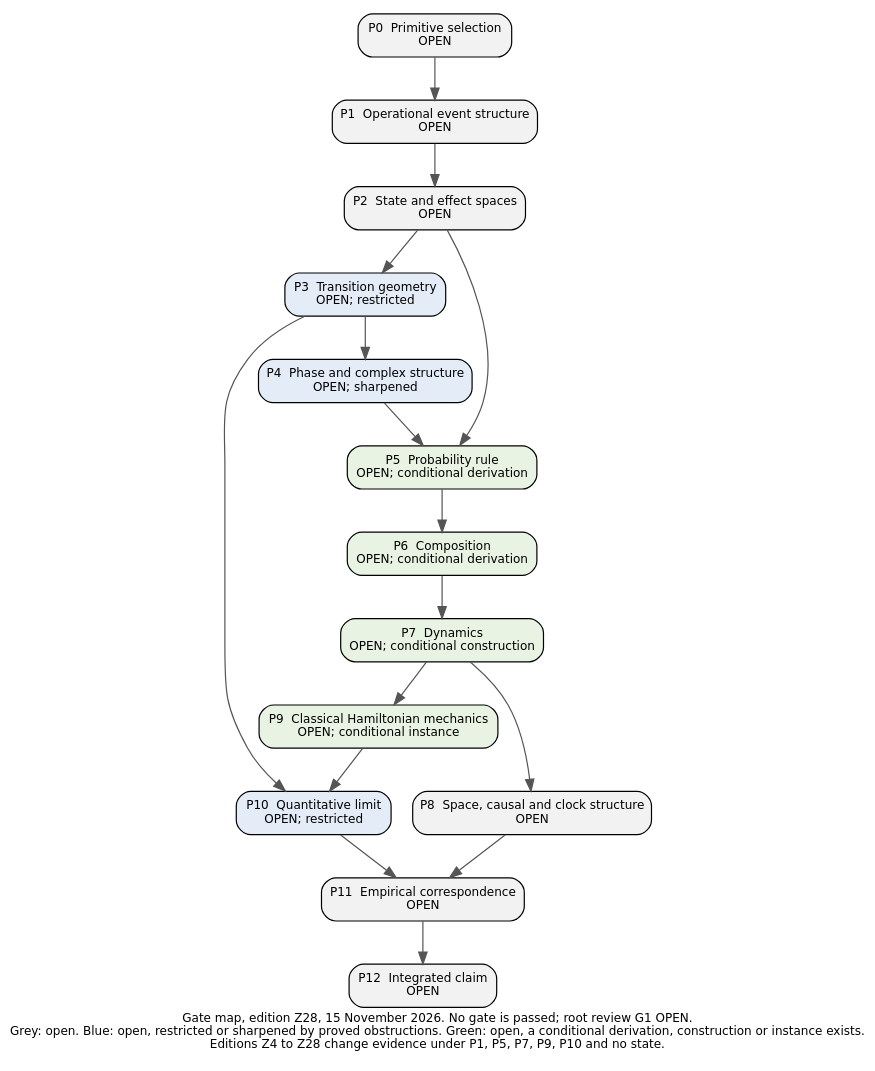
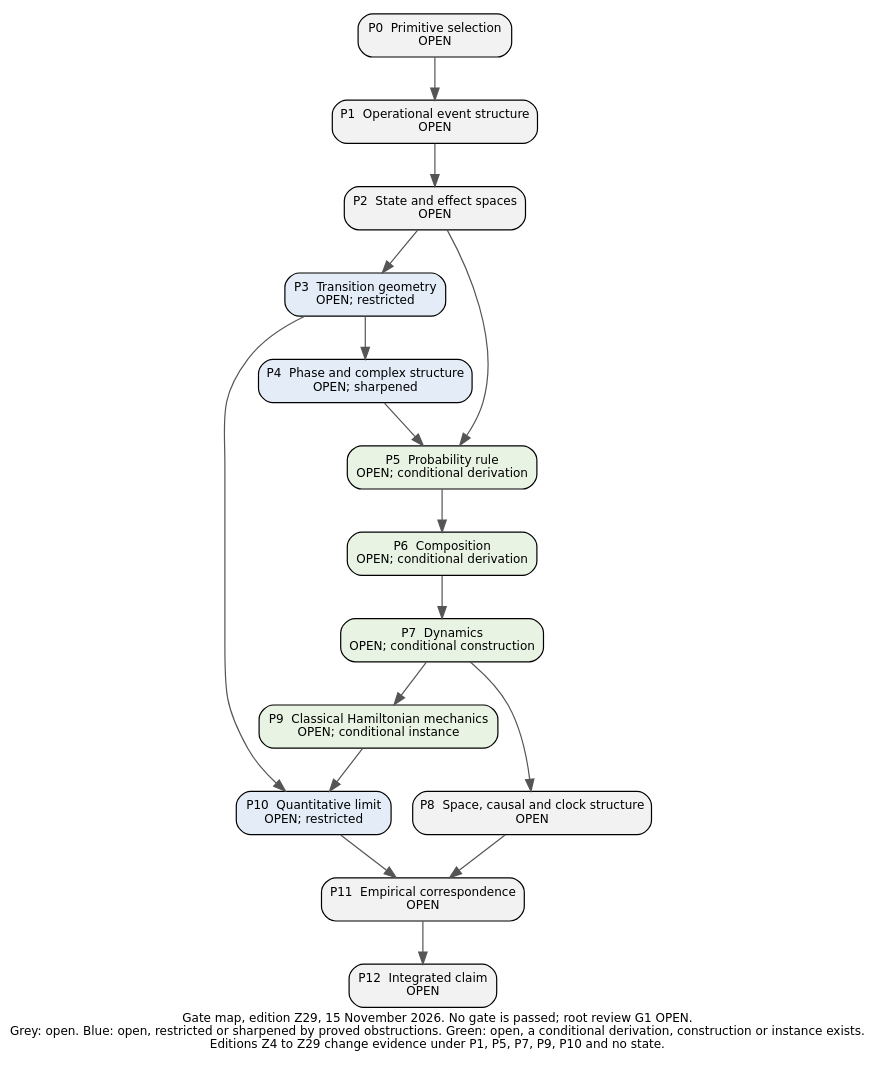
The diagram in edition/PROGRAM/figures/Gate_Map_2026-11-13.dot (KirtusJ/From-Prephysical-Hypotheses-to-Physical-Models), drawn with Graphviz before and after one commit. The commit also changed 71 other files, not shown here.

```diff
--- a/edition/PROGRAM/figures/Gate_Map_2026-11-13.dot
+++ b/edition/PROGRAM/figures/Gate_Map_2026-11-13.dot
@@ -1,30 +1,30 @@
-digraph G { rankdir=TB; node [shape=box, style="filled,rounded", fontname="DejaVu Sans", fontsize=10, margin="0.12,0.07"]; edge [color="#555555"]; label="Gate map, edition Z28, 15 November 2026. No gate is passed; root review G1 OPEN.\nGrey: open. Blue: open, restricted or sharpened by proved obstructions. Green: open, a conditional derivation, construction or instance exists.\nEditions Z4 to Z28 change evidence under P1, P5, P7, P9, P10 and no state."; fontname="DejaVu Sans"; fontsize=10; labelloc=b;
+digraph G { rankdir=TB; node [shape=box, style="filled,rounded", fontname="DejaVu Sans", fontsize=10, margin="0.12,0.07"]; edge [color="#555555"]; label="Gate map, edition Z29, 15 November 2026. No gate is passed; root review G1 OPEN.\nGrey: open. Blue: open, restricted or sharpened by proved obstructions. Green: open, a conditional derivation, construction or instance exists.\nEditions Z4 to Z29 change evidence under P1, P5, P7, P9, P10 and no state."; fontname="DejaVu Sans"; fontsize=10; labelloc=b;
 P0 [label="P0  Primitive selection\nOPEN", fillcolor="#f2f2f2"];
 P1 [label="P1  Operational event structure\nOPEN", fillcolor="#f2f2f2"];
 P2 [label="P2  State and effect spaces\nOPEN", fillcolor="#f2f2f2"];
 P3 [label="P3  Transition geometry\nOPEN; restricted", fillcolor="#e3ecf7"];
 P4 [label="P4  Phase and complex structure\nOPEN; sharpened", fillcolor="#e3ecf7"];
 P5 [label="P5  Probability rule\nOPEN; conditional derivation", fillcolor="#e8f3e3"];
 P6 [label="P6  Composition\nOPEN; conditional derivation", fillcolor="#e8f3e3"];
 P7 [label="P7  Dynamics\nOPEN; conditional construction", fillcolor="#e8f3e3"];
 P8 [label="P8  Space, causal and clock structure\nOPEN", fillcolor="#f2f2f2"];
 P9 [label="P9  Classical Hamiltonian mechanics\nOPEN; conditional instance", fillcolor="#e8f3e3"];
 P10 [label="P10  Quantitative limit\nOPEN; restricted", fillcolor="#e3ecf7"];
 P11 [label="P11  Empirical correspondence\nOPEN", fillcolor="#f2f2f2"];
 P12 [label="P12  Integrated claim\nOPEN", fillcolor="#f2f2f2"];
 P0 -> P1;
 P1 -> P2;
 P2 -> P3;
 P3 -> P4;
 P2 -> P5;
 P4 -> P5;
 P5 -> P6;
 P6 -> P7;
 P7 -> P8;
 P7 -> P9;
 P3 -> P10;
 P9 -> P10;
 P8 -> P11;
 P10 -> P11;
 P11 -> P12;
 }
```
